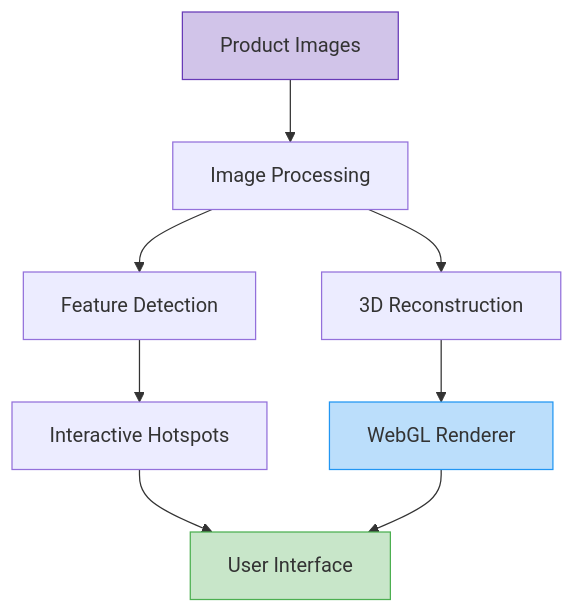
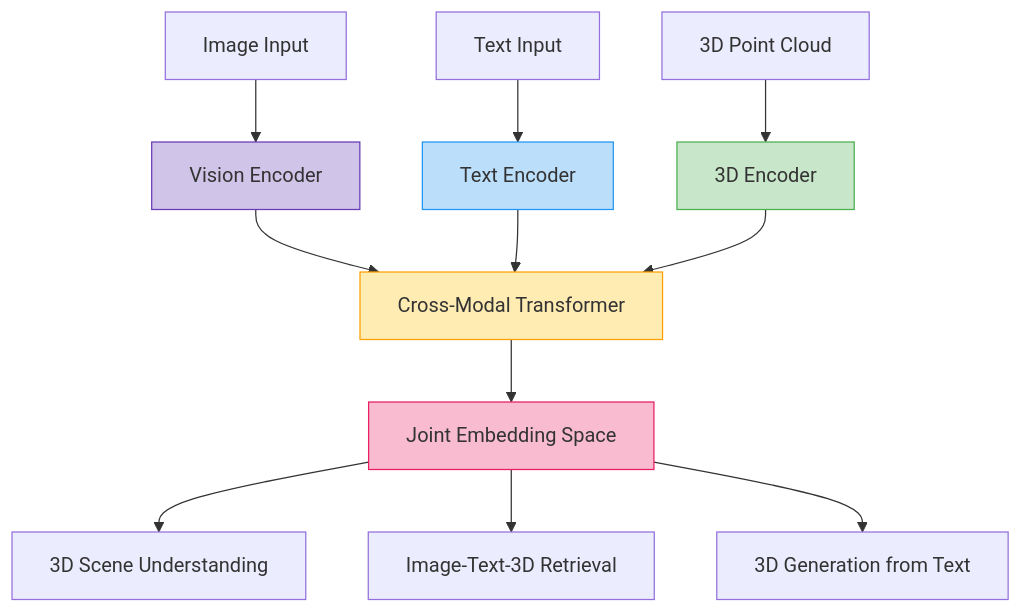
The fifth of 6 diagrams in README.md (ennajari/ennajari), drawn with Mermaid before and after one commit. The commit also changed other lines of this file, not shown here.

````diff
--- a/README.md
+++ b/README.md
@@ -231,14 +252,19 @@
 ```mermaid
 graph TD
-    A[Product Images] --> B[Image Processing]
-    B --> C[Feature Detection]
-    B --> D[3D Reconstruction]
-    C --> E[Interactive Hotspots]
-    D --> F[WebGL Renderer]
-    E --> G[User Interface]
+    A[Image Input] --> B[Vision Encoder]
+    C[Text Input] --> D[Text Encoder]
+    E[3D Point Cloud] --> F[3D Encoder]
+    B --> G[Cross-Modal Transformer]
+    D --> G
     F --> G
+    G --> H[Joint Embedding Space]
+    H --> I[3D Scene Understanding]
+    H --> J[Image-Text-3D Retrieval]
+    H --> K[3D Generation from Text]
     
-    style A fill:#d1c4e9,stroke:#673ab7
-    style F fill:#bbdefb,stroke:#2196f3
-    style G fill:#c8e6c9,stroke:#4caf50
+    style B fill:#d1c4e9,stroke:#673ab7
+    style D fill:#bbdefb,stroke:#2196f3
+    style F fill:#c8e6c9,stroke:#4caf50
+    style G fill:#ffecb3,stroke:#ffa000
+    style H fill:#f8bbd0,stroke:#e91e63
 ```
````
